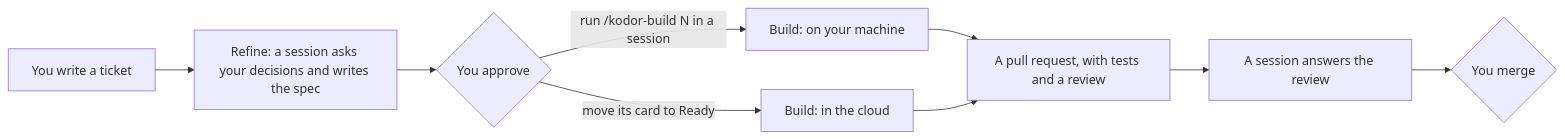
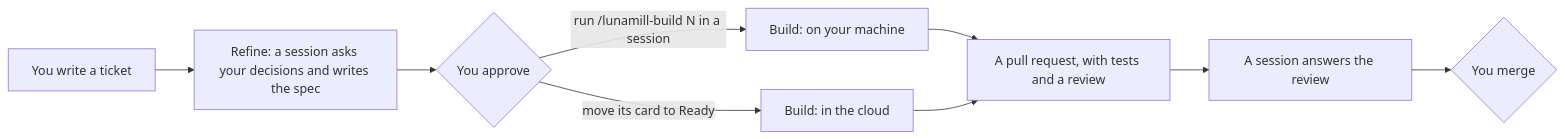
One commit to davidbyoung/software-factory changed the diagram in docs/get-started/how-it-works.md. Above: the diagram before and after it, drawn with Mermaid. The commit also changed other lines of this file and 450 other files, not shown here.

First line of the commit message:
Rename the product from kodor to lunamill

````diff
--- a/docs/get-started/how-it-works.md
+++ b/docs/get-started/how-it-works.md
@@ -9,11 +9,11 @@
 ```mermaid
 flowchart LR
     A[You write a ticket] --> B[Refine: a session asks your decisions and writes the spec]
     B --> C{You approve}
-    C -->|"run /kodor-build N in a session"| D[Build: on your machine]
+    C -->|"run /lunamill-build N in a session"| D[Build: on your machine]
     C -->|move its card to Ready| E[Build: in the cloud]
     D --> F[A pull request, with tests and a review]
     E --> F
     F --> G[A session answers the review]
     G --> H{You merge}
 ```
````
